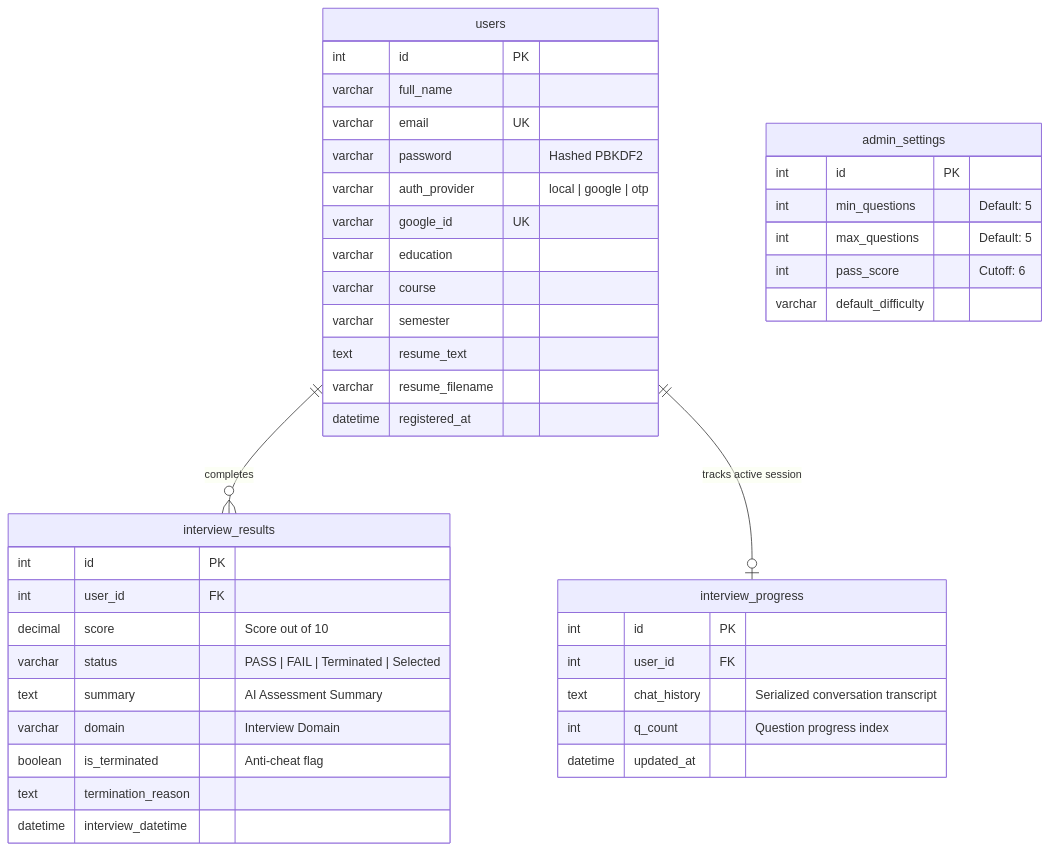
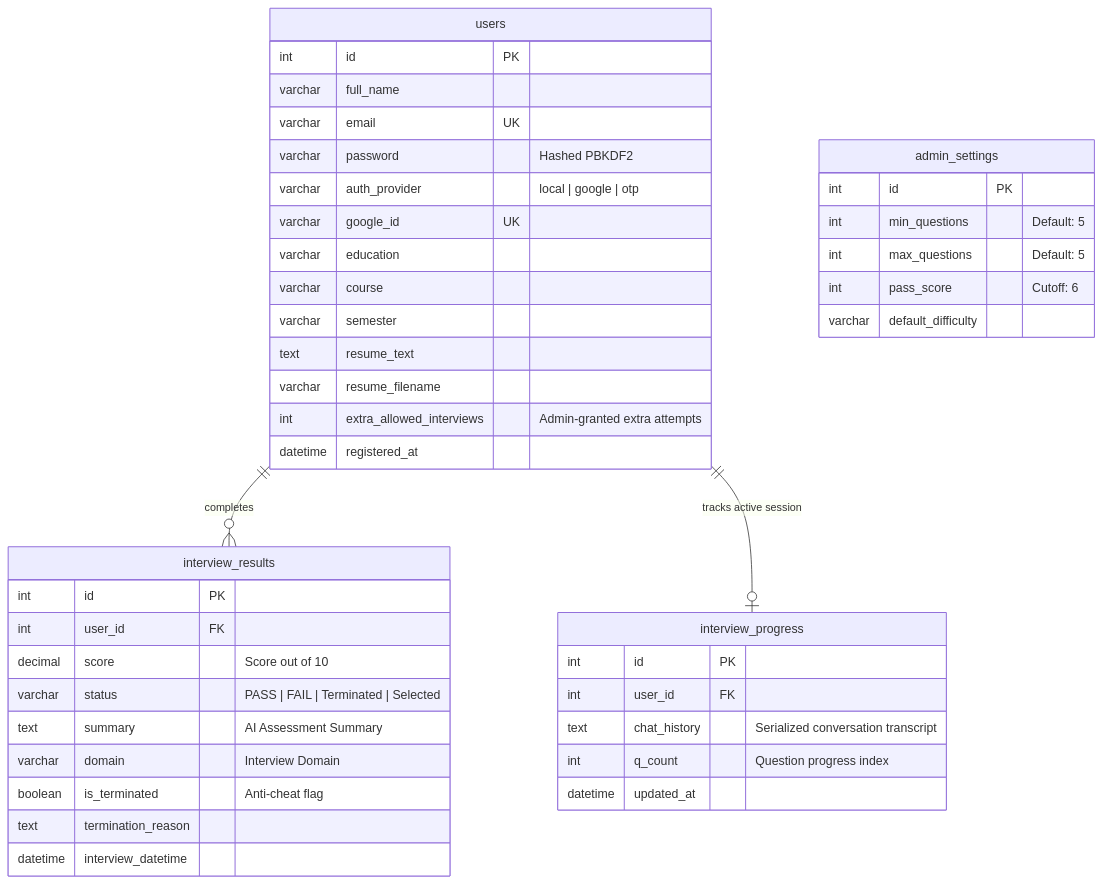
Before and after one commit to MR360-TECH/AI_INTERVIEW_PLATFORM: the second of 2 diagrams in README.md, drawn with Mermaid. The commit also changed other lines of this file, not shown here.

Commit message:
docs: upgrade README to professional level with project backstory, app flow, company prep hub, roadmap, FAQ, and contributing guide

````diff
--- a/README.md
+++ b/README.md
@@ -121,48 +262,49 @@
 ```mermaid
 erDiagram
     users ||--o{ interview_results : "completes"
     users ||--o| interview_progress : "tracks active session"
 
     users {
         int id PK
         varchar full_name
         varchar email UK
         varchar password "Hashed PBKDF2"
         varchar auth_provider "local | google | otp"
         varchar google_id UK
         varchar education
         varchar course
         varchar semester
         text resume_text
         varchar resume_filename
+        int extra_allowed_interviews "Admin-granted extra attempts"
         datetime registered_at
     }
 
     interview_results {
         int id PK
         int user_id FK
         decimal score "Score out of 10"
         varchar status "PASS | FAIL | Terminated | Selected"
         text summary "AI Assessment Summary"
         varchar domain "Interview Domain"
         boolean is_terminated "Anti-cheat flag"
         text termination_reason
         datetime interview_datetime
     }
 
     interview_progress {
         int id PK
         int user_id FK
         text chat_history "Serialized conversation transcript"
         int q_count "Question progress index"
         datetime updated_at
     }
 
     admin_settings {
         int id PK
         int min_questions "Default: 5"
         int max_questions "Default: 5"
         int pass_score "Cutoff: 6"
         varchar default_difficulty
     }
 ```
````
